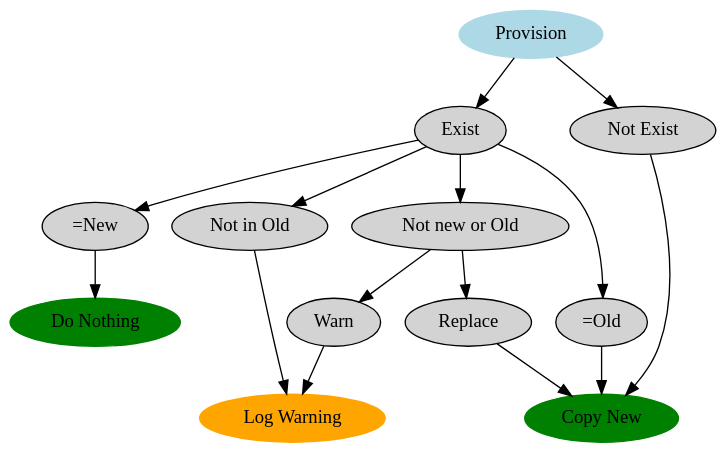
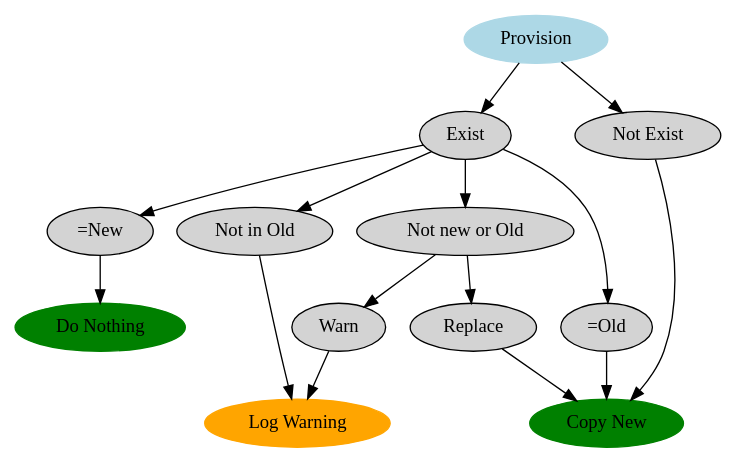
One commit to kieranknowles1/nixcfg changed the diagram in docs/plan/activate-mutable-flowchart.dot. Above: the diagram before and after it, drawn with Graphviz. The commit also changed 2 other files, not shown here.

Commit message:
Generate dot graphs during build of static site

```diff
--- a/docs/plan/activate-mutable-flowchart.dot
+++ b/docs/plan/activate-mutable-flowchart.dot
@@ -1,40 +1,38 @@
 # TODO: Decide on a tool to use for editing dot graphs
 strict digraph {
-    bgcolor=transparent
-    fillcolor=gray
     node [style=filled]
 
     # Start
     Provision [color=lightblue]
 
     Provision -> {
         "Exist"
         "Not Exist"
     }
 
     "Not Exist" -> "Copy New"
 
     Exist -> {
         "=Old"
         "=New"
         "Not in Old"
         "Not new or Old"
     }
 
     "=Old" -> "Copy New"
     "=New" -> "Do Nothing"
     "Not in Old" -> "Log Warning"
 
     "Not new or Old" -> {
         "Warn"
         "Replace"
     }
 
     "Warn" -> "Log Warning"
     "Replace" -> "Copy New"
 
     # End
     "Copy New" [color=green]
     "Do Nothing" [color=green]
     "Log Warning" [color=orange]
 }
```
